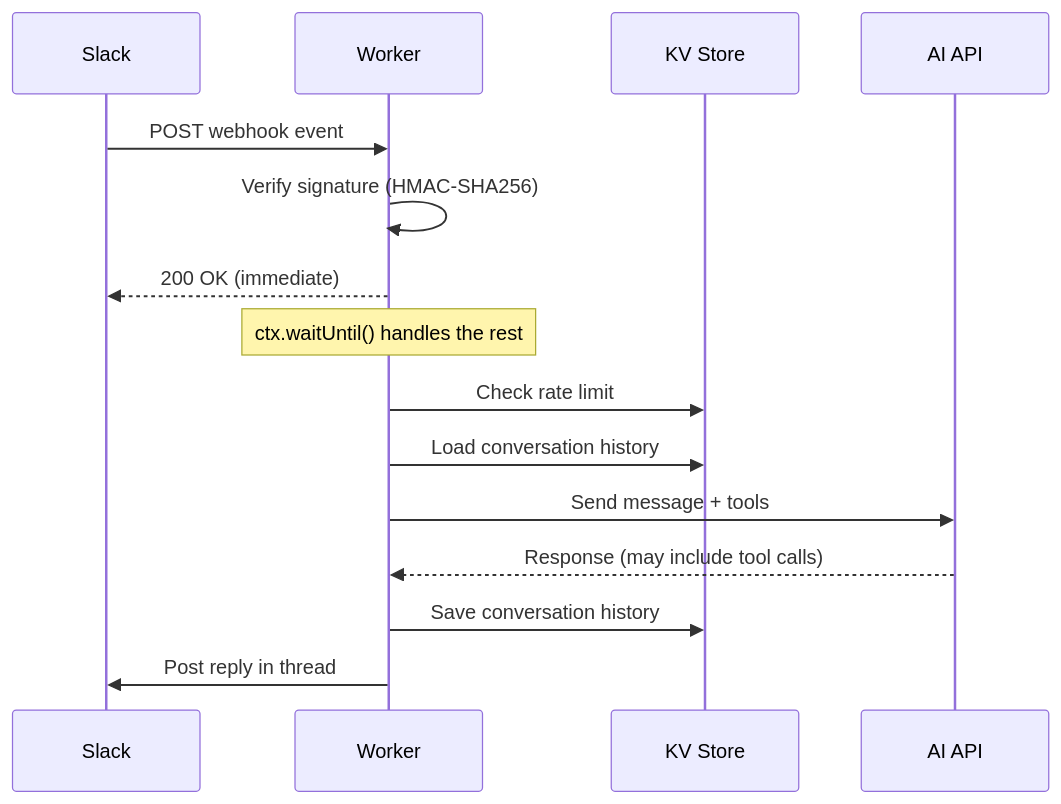
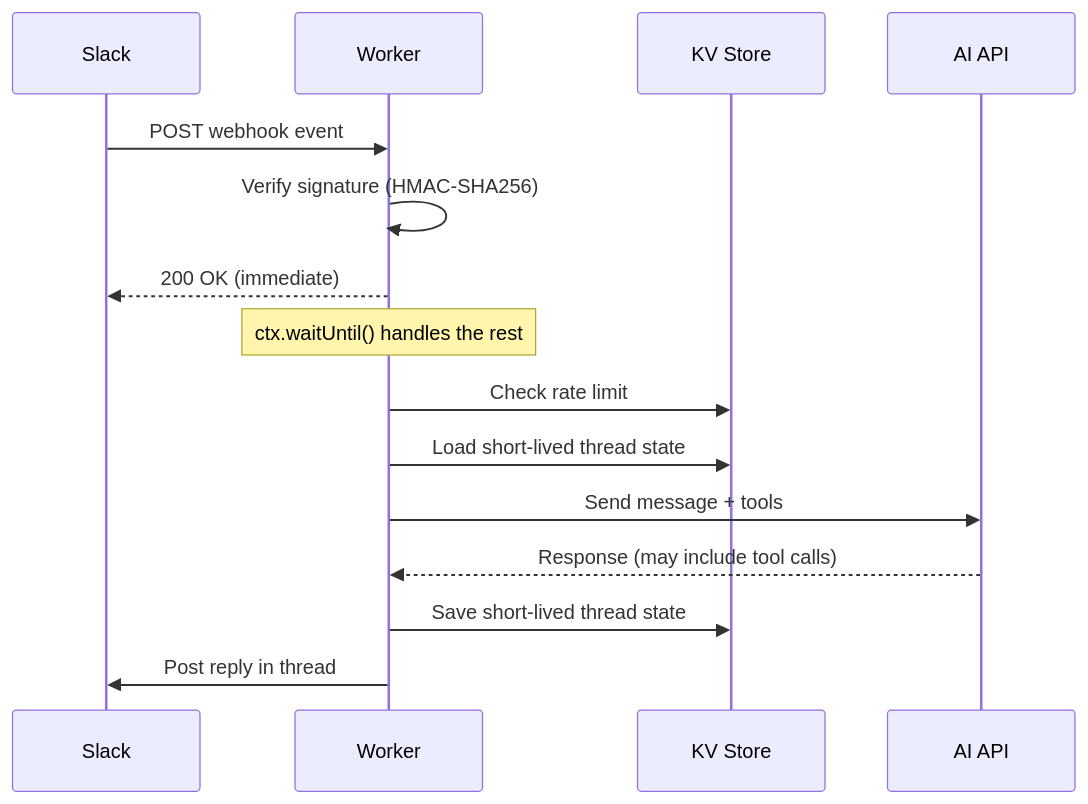
Before and after one commit to Takazudo/zudo-cloudflare-wisdom: the diagram in src/content/docs-ja/recipes/bot-worker.mdx, drawn with Mermaid. The commit also changed other lines of this file and 7 other files, not shown here.

````diff
--- a/src/content/docs-ja/recipes/bot-worker.mdx
+++ b/src/content/docs-ja/recipes/bot-worker.mdx
@@ -11,18 +12,18 @@
 ```mermaid
 sequenceDiagram
   participant S as Slack
   participant W as Worker
   participant KV as KV Store
   participant AI as AI API
 
   S->>W: POST webhook event
   W->>W: Verify signature (HMAC-SHA256)
   W-->>S: 200 OK (immediate)
   Note over W: ctx.waitUntil() handles the rest
   W->>KV: Check rate limit
-  W->>KV: Load conversation history
+  W->>KV: Load short-lived thread state
   W->>AI: Send message + tools
   AI-->>W: Response (may include tool calls)
-  W->>KV: Save conversation history
+  W->>KV: Save short-lived thread state
   W->>S: Post reply in thread
 ```
````
